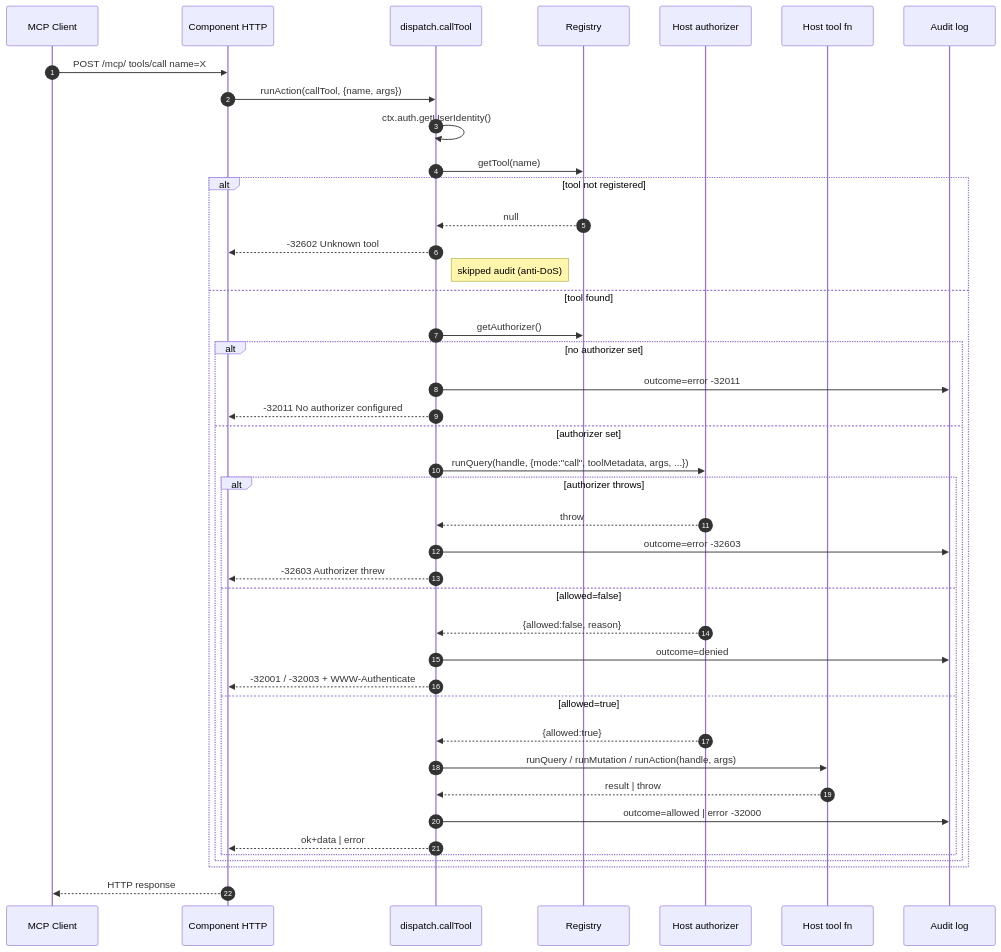
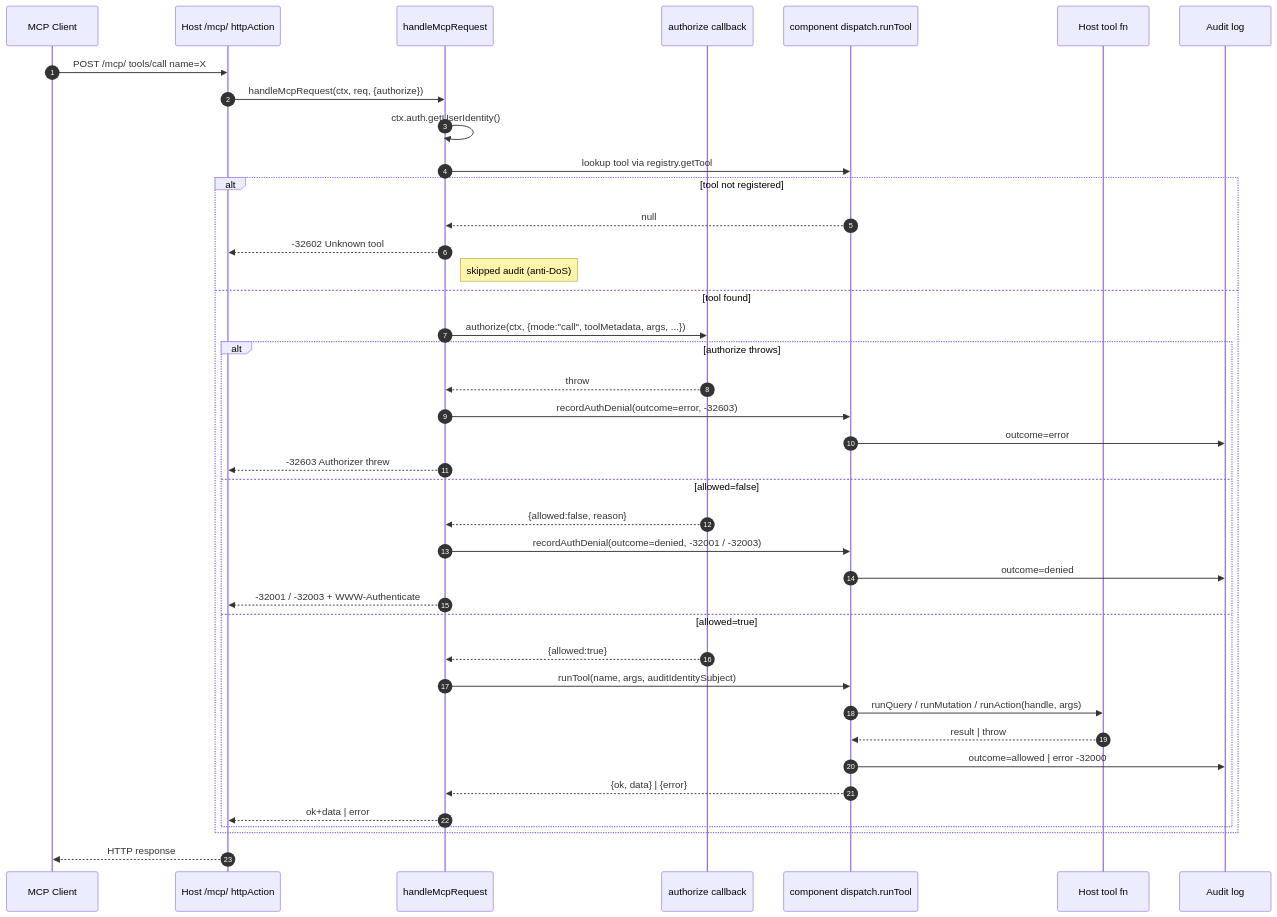
The fourth of 5 diagrams in docs/architecture.md (Firef0x/convex-mcp-gateway), drawn with Mermaid before and after one commit. The commit also changed other lines of this file and 9 other files, not shown here.

First line of the commit message:
docs: rewrite for callback-based authorize, redraw hero diagram

````diff
--- a/docs/architecture.md
+++ b/docs/architecture.md
@@ -153,45 +184,43 @@
 ```mermaid
 sequenceDiagram
   autonumber
   participant C as MCP Client
-  participant H as Component HTTP
-  participant D as dispatch.callTool
-  participant R as Registry
-  participant A as Host authorizer
+  participant H as Host /mcp/ httpAction
+  participant Hl as handleMcpRequest
+  participant Az as authorize callback
+  participant D as component dispatch.runTool
   participant T as Host tool fn
   participant L as Audit log
 
   C->>H: POST /mcp/ tools/call name=X
-  H->>D: runAction(callTool, {name, args})
-  D->>D: ctx.auth.getUserIdentity()
-  D->>R: getTool(name)
+  H->>Hl: handleMcpRequest(ctx, req, {authorize})
+  Hl->>Hl: ctx.auth.getUserIdentity()
+  Hl->>D: lookup tool via registry.getTool
   alt tool not registered
-    R-->>D: null
-    D-->>H: -32602 Unknown tool
-    Note right of D: skipped audit (anti-DoS)
+    D-->>Hl: null
+    Hl-->>H: -32602 Unknown tool
+    Note right of Hl: skipped audit (anti-DoS)
   else tool found
-    D->>R: getAuthorizer()
-    alt no authorizer set
-      D->>L: outcome=error -32011
-      D-->>H: -32011 No authorizer configured
-    else authorizer set
-      D->>A: runQuery(handle, {mode:"call", toolMetadata, args, ...})
-      alt authorizer throws
-        A-->>D: throw
-        D->>L: outcome=error -32603
-        D-->>H: -32603 Authorizer threw
-      else allowed=false
-        A-->>D: {allowed:false, reason}
-        D->>L: outcome=denied
-        D-->>H: -32001 / -32003 + WWW-Authenticate
-      else allowed=true
-        A-->>D: {allowed:true}
-        D->>T: runQuery / runMutation / runAction(handle, args)
-        T-->>D: result | throw
-        D->>L: outcome=allowed | error -32000
-        D-->>H: ok+data | error
-      end
+    Hl->>Az: authorize(ctx, {mode:"call", toolMetadata, args, ...})
+    alt authorize throws
+      Az-->>Hl: throw
+      Hl->>D: recordAuthDenial(outcome=error, -32603)
+      D->>L: outcome=error
+      Hl-->>H: -32603 Authorizer threw
+    else allowed=false
+      Az-->>Hl: {allowed:false, reason}
+      Hl->>D: recordAuthDenial(outcome=denied, -32001 / -32003)
+      D->>L: outcome=denied
+      Hl-->>H: -32001 / -32003 + WWW-Authenticate
+    else allowed=true
+      Az-->>Hl: {allowed:true}
+      Hl->>D: runTool(name, args, auditIdentitySubject)
+      D->>T: runQuery / runMutation / runAction(handle, args)
+      T-->>D: result | throw
+      D->>L: outcome=allowed | error -32000
+      D-->>Hl: {ok, data} | {error}
+      Hl-->>H: ok+data | error
     end
   end
   H-->>C: HTTP response
 ```
````
